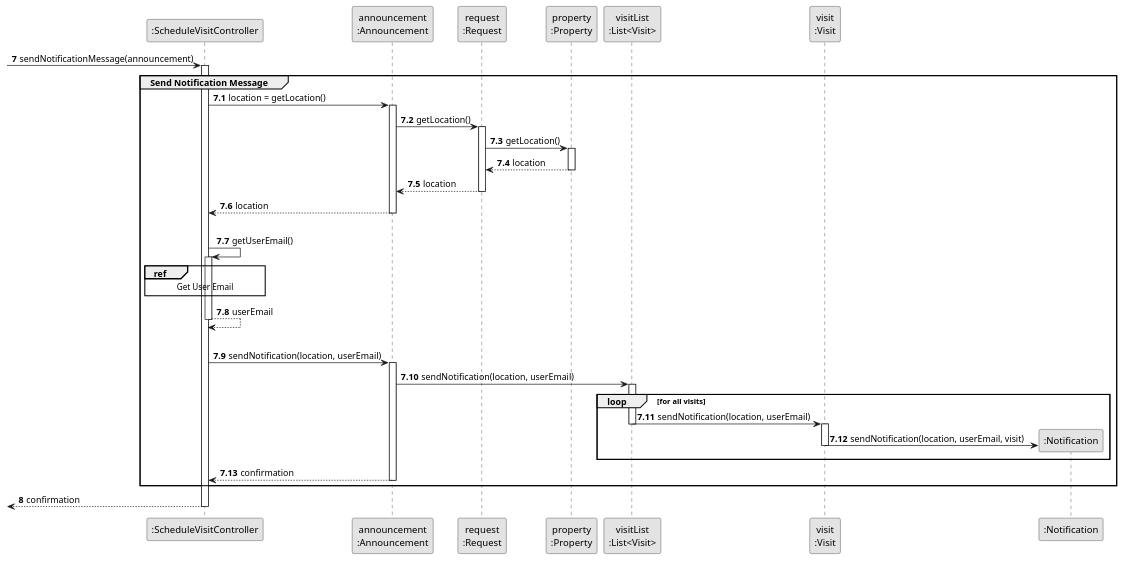
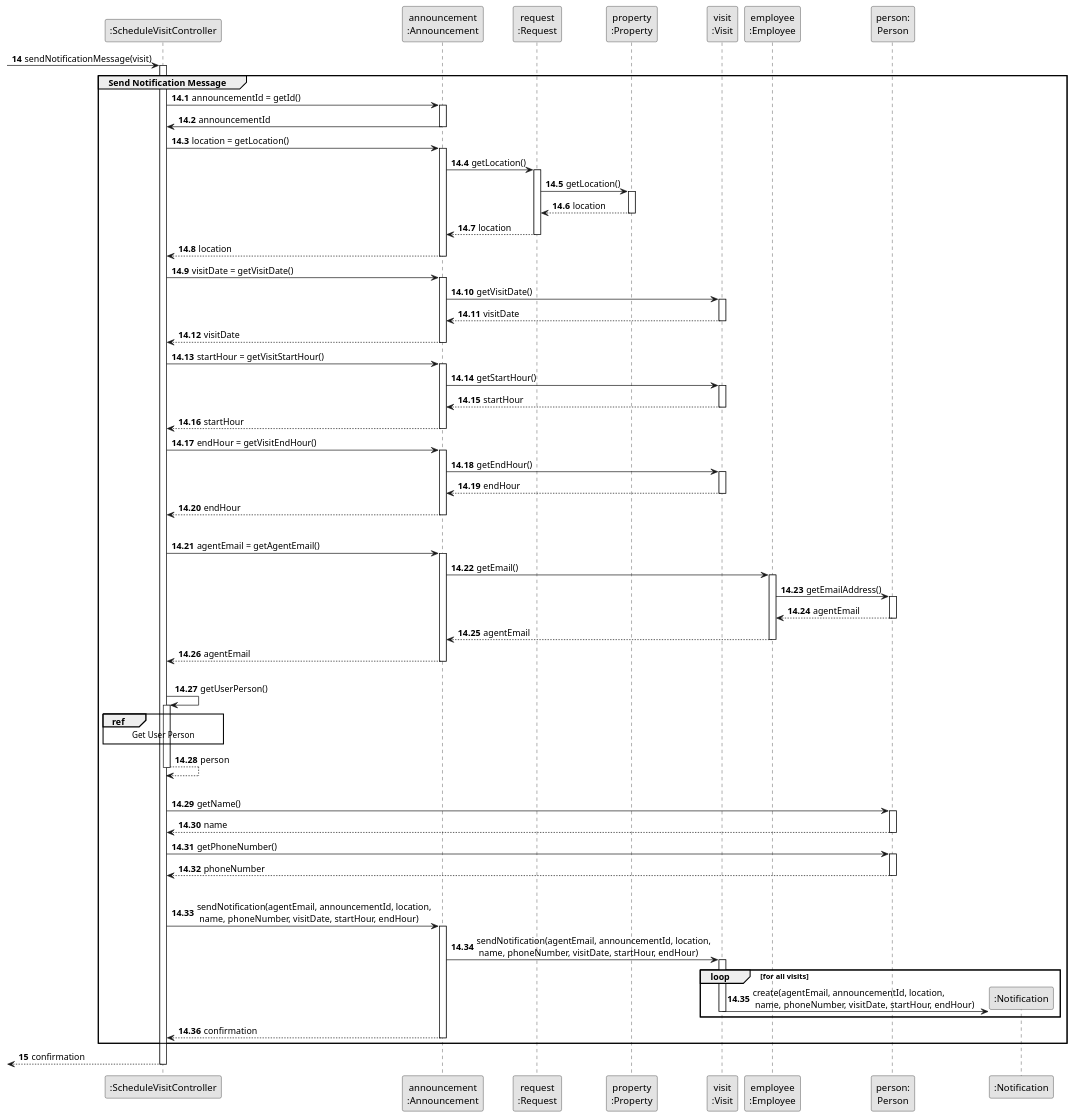
One commit to rita-barbosa/LAPR2-2223 changed the diagram in docs/sprintC/us009/03.design/puml/us009-sequence-diagram-partial-send-notification-message.puml. Above: the diagram before and after it, drawn with PlantUML. The commit also changed 4 other files, not shown here.

```diff
--- a/docs/sprintC/us009/03.design/puml/us009-sequence-diagram-partial-send-notification-message.puml
+++ b/docs/sprintC/us009/03.design/puml/us009-sequence-diagram-partial-send-notification-message.puml
@@ -1,110 +1,148 @@
 @startuml
 skinparam monochrome true
 skinparam packageStyle rectangle
 skinparam shadowing false
 
 
 participant ":ScheduleVisitController" as CTRL
 participant "announcement\n:Announcement" as ANNOUNCE
 participant "request\n:Request" as REQUEST
 participant "property\n:Property" as PROPERTY
-participant "visitList\n:List<Visit>" as VLIST
 participant "visit\n:Visit" as VST
+participant "employee\n:Employee" as EMP
+participant "person:\nPerson" as PERSON
 participant ":Notification" as NTF
 
-autonumber 7
+autonumber 14
 
- -> CTRL : sendNotificationMessage(announcement)
+ -> CTRL : sendNotificationMessage(visit)
 
 activate CTRL
 
-    autonumber 7.1
+    autonumber 14.1
 
     group Send Notification Message
 
-'    CTRL -> AgencyRepository : getAgencyByAnnouncement(announcement)
-'    activate AgencyRepository
-'
-'    loop for all agencies
-'
-'    AgencyRepository -> AGC : hasAnnouncement(announcement)
-'    activate AGC
-'
-'        AGC -> LISTCLASS : hasAnnouncement(announcement)
-'        activate LISTCLASS
-'
-'            LISTCLASS -> ANCLIST : hasAnnouncement(announcement)
-'            activate ANCLIST
-'
-'                ANCLIST --> LISTCLASS : true/false
-'            deactivate ANCLIST
-'        end loop
-'
-'            LISTCLASS --> AGC : true
-'        deactivate LISTCLASS
-'
-'        AGC --> AgencyRepository : true
-'        deactivate AGC
-'
-'        AgencyRepository --> CTRL : agency
-'    deactivate AgencyRepository
-'
+        CTRL -> ANNOUNCE : announcementId = getId()
+        activate ANNOUNCE
 
+            ANNOUNCE ->  CTRL : announcementId
+        deactivate ANNOUNCE
 
         CTRL -> ANNOUNCE : location = getLocation()
         activate ANNOUNCE
 
             ANNOUNCE ->  REQUEST : getLocation()
             activate REQUEST
 
                 REQUEST -> PROPERTY : getLocation()
                 activate PROPERTY
 
                     PROPERTY --> REQUEST : location
                 deactivate PROPERTY
 
                 REQUEST --> ANNOUNCE : location
             deactivate REQUEST
 
              ANNOUNCE --> CTRL : location
         deactivate ANNOUNCE
 
-        |||
-        CTRL -> CTRL : getUserEmail()
-        activate CTRL
-            ref over CTRL
-                Get User Email
-            end ref
-            CTRL --> CTRL : userEmail
-        deactivate CTRL
-|||
-
-        CTRL -> ANNOUNCE : sendNotification(location, userEmail)
+        CTRL -> ANNOUNCE : visitDate = getVisitDate()
         activate ANNOUNCE
 
-        ANNOUNCE -> VLIST : sendNotification(location, userEmail)
+            ANNOUNCE ->  VST : getVisitDate()
+            activate VST
+
+                VST --> ANNOUNCE : visitDate
+            deactivate VST
+             ANNOUNCE --> CTRL : visitDate
+        deactivate ANNOUNCE
+
+        CTRL -> ANNOUNCE : startHour = getVisitStartHour()
+        activate ANNOUNCE
+
+            ANNOUNCE ->  VST : getStartHour()
+            activate VST
+
+                VST --> ANNOUNCE : startHour
+            deactivate VST
+             ANNOUNCE --> CTRL : startHour
+        deactivate ANNOUNCE
+
+        CTRL -> ANNOUNCE : endHour = getVisitEndHour()
+        activate ANNOUNCE
+
+            ANNOUNCE ->  VST : getEndHour()
+            activate VST
+
+                VST --> ANNOUNCE : endHour
+            deactivate VST
+             ANNOUNCE --> CTRL : endHour
+        deactivate ANNOUNCE
+
+        |||
+        CTRL -> ANNOUNCE: agentEmail = getAgentEmail()
+        activate ANNOUNCE
+
+        ANNOUNCE -> EMP : getEmail()
+        activate EMP
+
+        EMP -> PERSON : getEmailAddress()
+        activate PERSON
+
+           PERSON --> EMP : agentEmail
+        deactivate PERSON
+
+           EMP --> ANNOUNCE : agentEmail
+        deactivate EMP
+
+           ANNOUNCE --> CTRL : agentEmail
+        deactivate ANNOUNCE
+
+   |||
+       CTRL -> CTRL : getUserPerson()
+       activate CTRL
+           ref over CTRL
+               Get User Person
+           end ref
+           CTRL --> CTRL : person
+       deactivate CTRL
+|||
+        CTRL -> PERSON : getName()
+        activate PERSON
+
+            PERSON --> CTRL : name
+        deactivate PERSON
+
+
+        CTRL -> PERSON : getPhoneNumber()
+        activate PERSON
+
+            PERSON --> CTRL : phoneNumber
+        deactivate PERSON
+
+    |||
+        CTRL -> ANNOUNCE : sendNotification(agentEmail, announcementId, location,\n name, phoneNumber, visitDate, startHour, endHour)
+        activate ANNOUNCE
+
+        ANNOUNCE -> VST : sendNotification(agentEmail, announcementId, location,\n name, phoneNumber, visitDate, startHour, endHour)
 
         loop for all visits
 
-        activate VLIST
+            activate VST
 
-            VLIST -> VST : sendNotification(location, userEmail)
-        deactivate VLIST
-
-        activate VST
-
-            VST -> NTF** : sendNotification(location, userEmail, visit)
-        deactivate VST
+                VST -> NTF** : create(agentEmail, announcementId, location,\n name, phoneNumber, visitDate, startHour, endHour)
+            deactivate VST
 
         end loop
 
         ANNOUNCE --> CTRL : confirmation
         deactivate ANNOUNCE
     end group
 
-    autonumber 8
+    autonumber 15
 
     <-- CTRL  : confirmation
 deactivate CTRL
 
 @enduml
```
